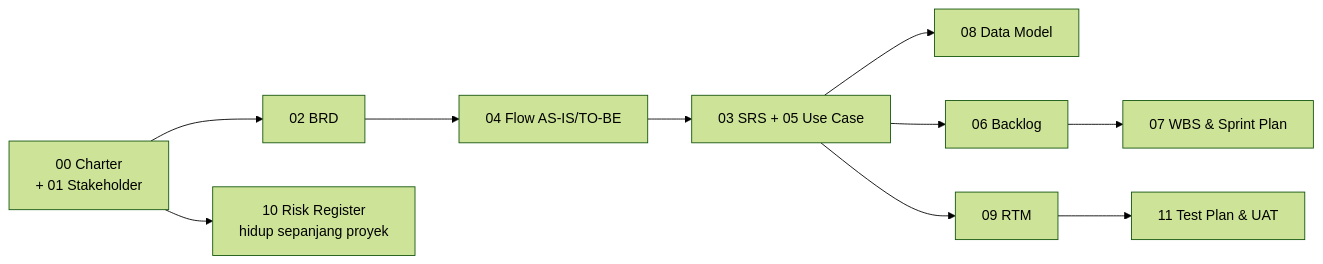
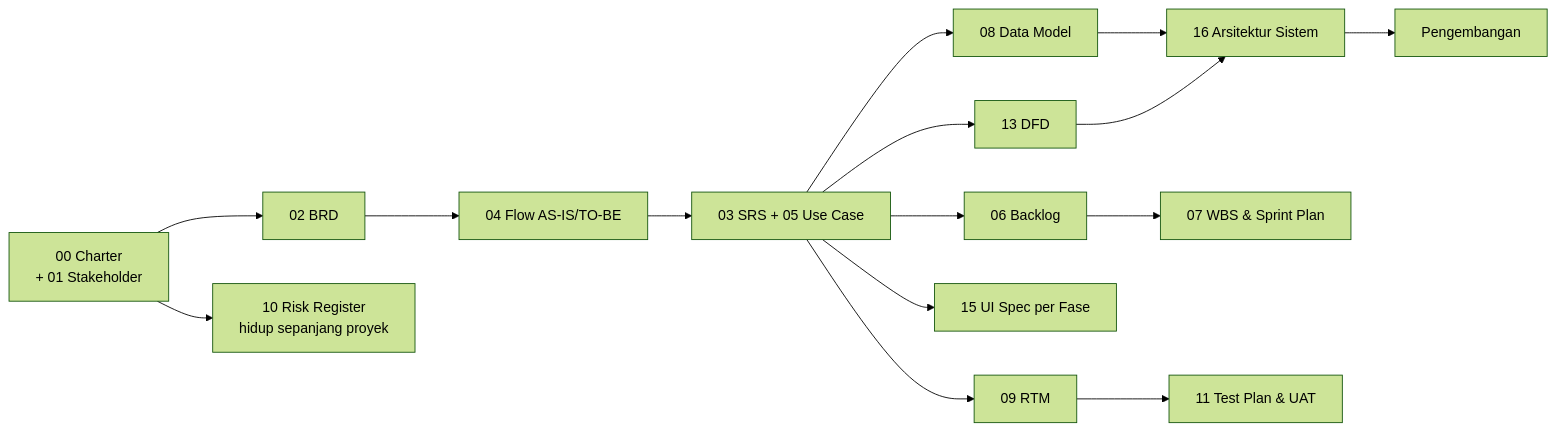
One commit to hero-ojk-its/hero changed the diagram in docs/README.md. Above: the diagram before and after it, drawn with Mermaid (forest theme). The commit also changed other lines of this file and 3 other files, not shown here.

````diff
--- a/docs/README.md
+++ b/docs/README.md
@@ -56,12 +56,17 @@
 ```mermaid
 flowchart LR
     A["00 Charter<br/>+ 01 Stakeholder"] --> B["02 BRD"]
     B --> C["04 Flow AS-IS/TO-BE"]
     C --> D["03 SRS + 05 Use Case"]
     D --> E["08 Data Model"]
+    D --> K["13 DFD"]
+    E --> L["16 Arsitektur Sistem"]
+    K --> L
+    L --> M["Pengembangan"]
     D --> F["06 Backlog"]
     F --> G["07 WBS & Sprint Plan"]
+    D --> N["15 UI Spec per Fase"]
     D --> H["09 RTM"]
     H --> I["11 Test Plan & UAT"]
     A --> J["10 Risk Register<br/>hidup sepanjang proyek"]
 ```
````
